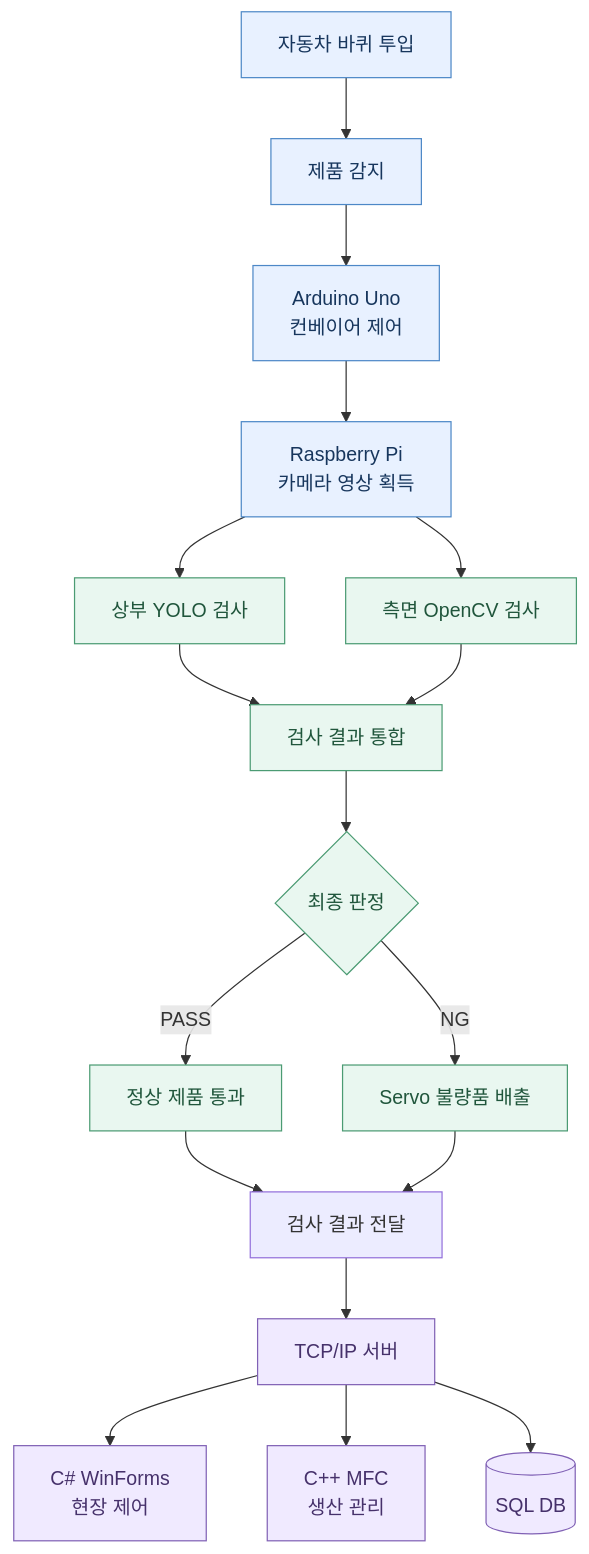
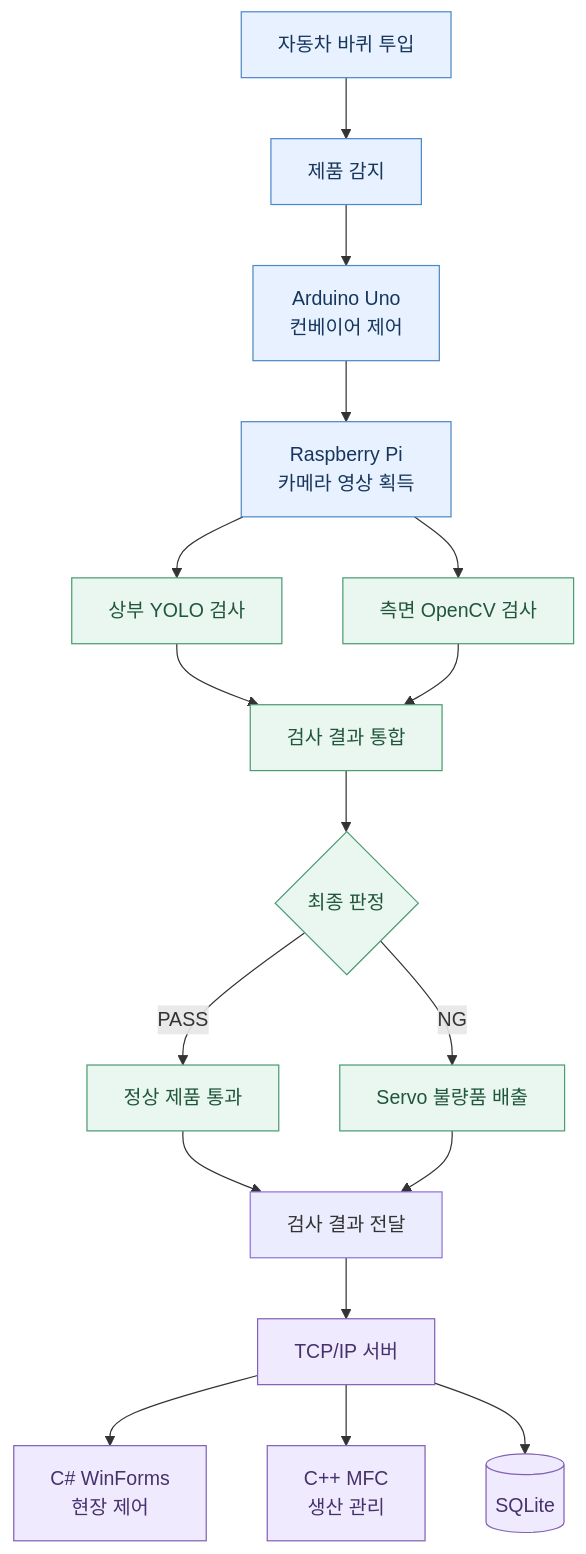
Before and after one commit to jsh161379/SmartWheel-Inspection-System: the first of 2 diagrams in README.md, drawn with Mermaid. The commit also changed other lines of this file, not shown here.

````diff
--- a/README.md
+++ b/README.md
@@ -52,26 +52,26 @@
 ```mermaid
 flowchart TD
     A["자동차 바퀴 투입"] --> B["제품 감지"]
     B --> C["Arduino Uno<br/>컨베이어 제어"]
     C --> D["Raspberry Pi<br/>카메라 영상 획득"]
     D --> E["상부 YOLO 검사"]
     D --> F["측면 OpenCV 검사"]
     E --> G["검사 결과 통합"]
     F --> G
     G --> H{"최종 판정"}
     H -->|PASS| I["정상 제품 통과"]
     H -->|NG| J["Servo 불량품 배출"]
     I --> K["검사 결과 전달"]
     J --> K
     K --> L["TCP/IP 서버"]
     L --> M["C# WinForms<br/>현장 제어"]
     L --> N["C++ MFC<br/>생산 관리"]
-    L --> O[("SQL DB")]
+    L --> O[("SQLite")]
 
     classDef hardware fill:#e8f1ff,stroke:#4d88c7,color:#17365d
     classDef vision fill:#e9f7f0,stroke:#4b9b73,color:#20563c
     classDef application fill:#f0eaff,stroke:#8061b5,color:#46316b
     class A,B,C,D hardware
     class E,F,G,H,I,J vision
     class L,M,N,O application
 ```
````
